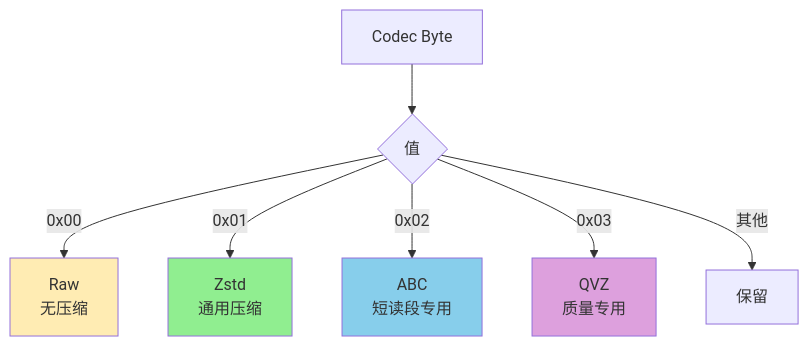
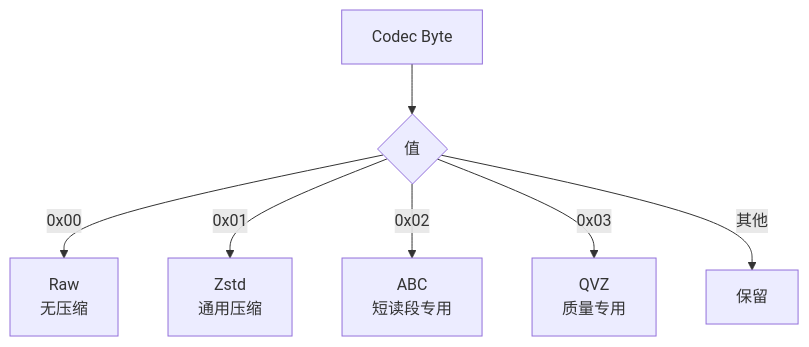
One commit to open-genomics/fq-compressor-rust changed the fourth of 5 diagrams in docs/zh/reference/format-spec.md. Above: the diagram before and after it, drawn with Mermaid. The commit also changed other lines of this file and 23 other files, not shown here.

````diff
--- a/docs/zh/reference/format-spec.md
+++ b/docs/zh/reference/format-spec.md
@@ -169,14 +162,10 @@
 ```mermaid
 flowchart TD
     A[Codec Byte] --> B{值}
     B -->|0x00| C[Raw<br/>无压缩]
     B -->|0x01| D[Zstd<br/>通用压缩]
     B -->|0x02| E[ABC<br/>短读段专用]
     B -->|0x03| F[QVZ<br/>质量专用]
     B -->|其他| G[保留]
     
-    style C fill:#FFECB3
-    style D fill:#90EE90
-    style E fill:#87CEEB
-    style F fill:#DDA0DD
 ```
````
